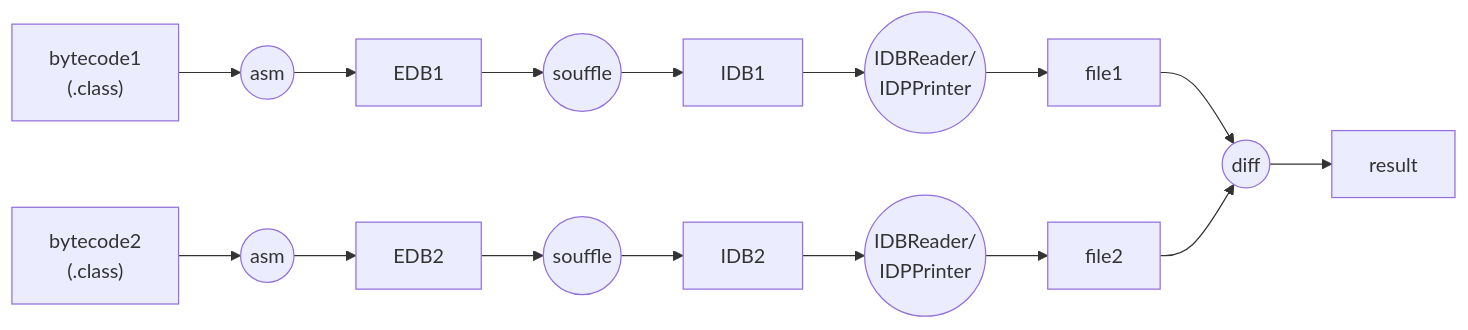
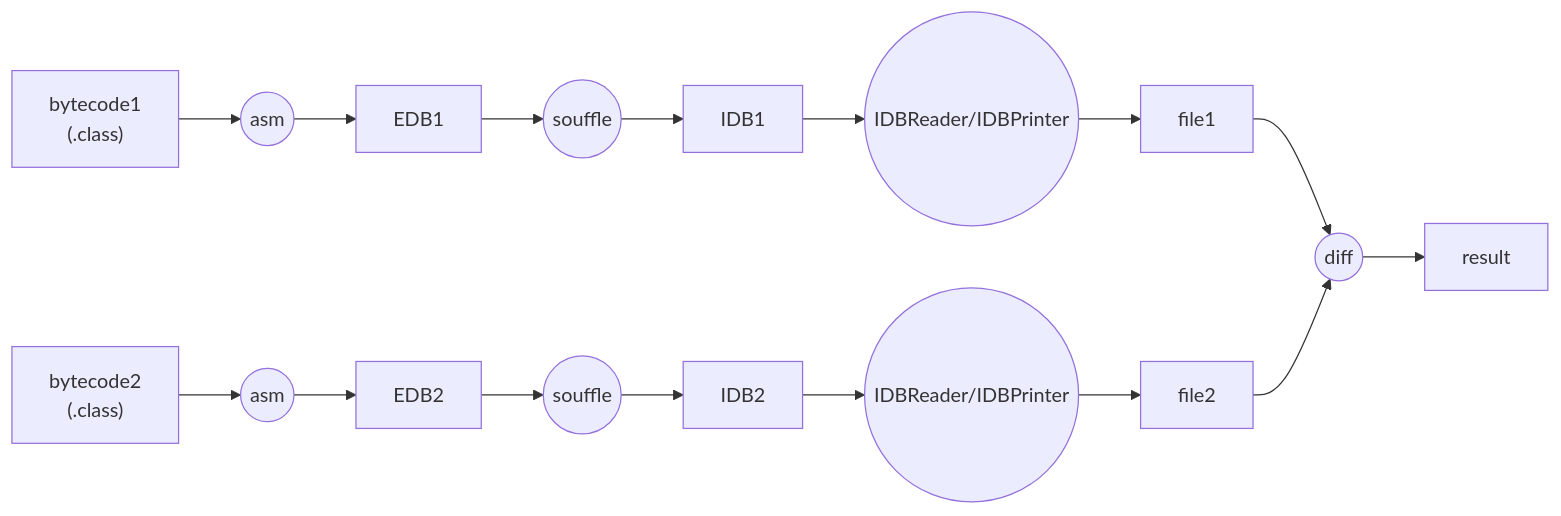
Before and after one commit to binaryeq/daleq: the fourth of 4 diagrams in README.md, drawn with Mermaid.

Commit message:
fixed nit in readme

````diff
--- a/README.md
+++ b/README.md
@@ -150,6 +150,6 @@
 ```mermaid
 flowchart LR
-    bytecode1["bytecode1\n(.class)"] --> asm1(("asm")) --> edb1["EDB1"] --> souffle1(("souffle")) --> idb1["IDB1"] --> IDBReader1(("IDBReader/\nIDPPrinter"))  --> file1 --> diff(("diff")) --> result 
-    bytecode2["bytecode2\n(.class)"] --> asm2(("asm")) --> edb2["EDB2"] --> souffle2(("souffle")) --> idb2["IDB2"] --> IDBReader2(("IDBReader/\nIDPPrinter"))  --> file2 --> diff(("diff"))
+    bytecode1["bytecode1\n(.class)"] --> asm1(("asm")) --> edb1["EDB1"] --> souffle1(("souffle")) --> idb1["IDB1"] --> IDBReader1(("IDBReader/IDBPrinter"))  --> file1 --> diff(("diff")) --> result 
+    bytecode2["bytecode2\n(.class)"] --> asm2(("asm")) --> edb2["EDB2"] --> souffle2(("souffle")) --> idb2["IDB2"] --> IDBReader2(("IDBReader/IDBPrinter"))  --> file2 --> diff(("diff"))
 
 ```
````
